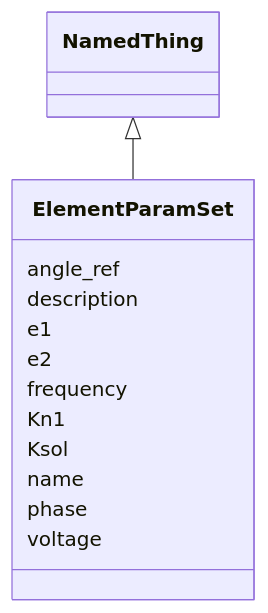
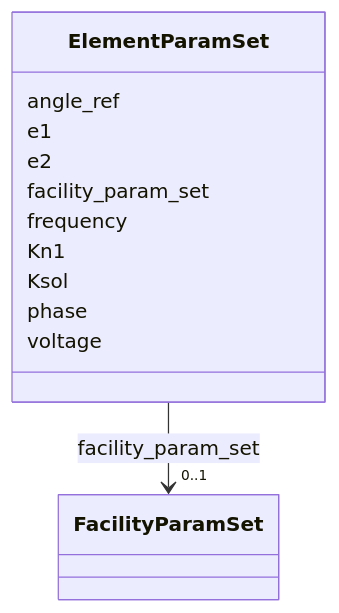
One commit to pals-project/pals-facility-config changed the diagram in docs_narad/ElementParamSet.md. Above: the diagram before and after it, drawn with Mermaid. The commit also changed other lines of this file and 126 other files, not shown here.

````diff
--- a/docs_narad/ElementParamSet.md
+++ b/docs_narad/ElementParamSet.md
@@ -18,29 +18,33 @@
 ```mermaid
  classDiagram
     class ElementParamSet
     click ElementParamSet href "../ElementParamSet/"
-      NamedThing <|-- ElementParamSet
-        click NamedThing href "../NamedThing/"
-      
       ElementParamSet : angle_ref
-        
-      ElementParamSet : description
         
       ElementParamSet : e1
         
       ElementParamSet : e2
+        
+      ElementParamSet : facility_param_set
+        
+          
+    
+        
+        
+        ElementParamSet --> "0..1" FacilityParamSet : facility_param_set
+        click FacilityParamSet href "../FacilityParamSet/"
+    
+
         
       ElementParamSet : frequency
         
       ElementParamSet : Kn1
         
       ElementParamSet : Ksol
         
-      ElementParamSet : name
-        
       ElementParamSet : phase
         
       ElementParamSet : voltage
         
       
 ```
````
